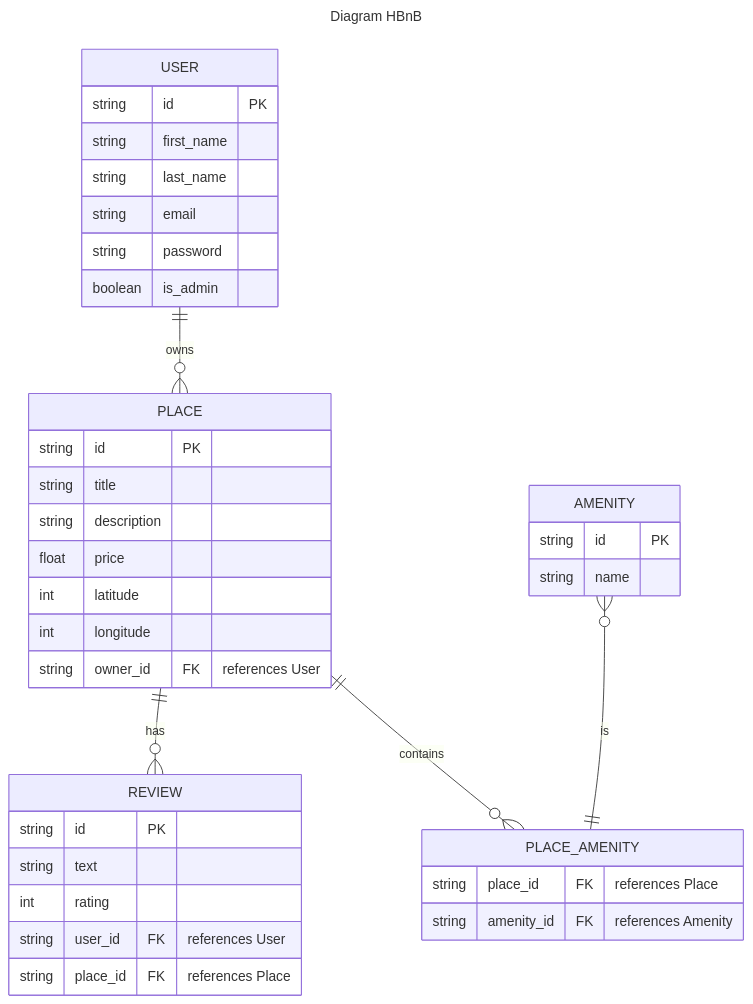
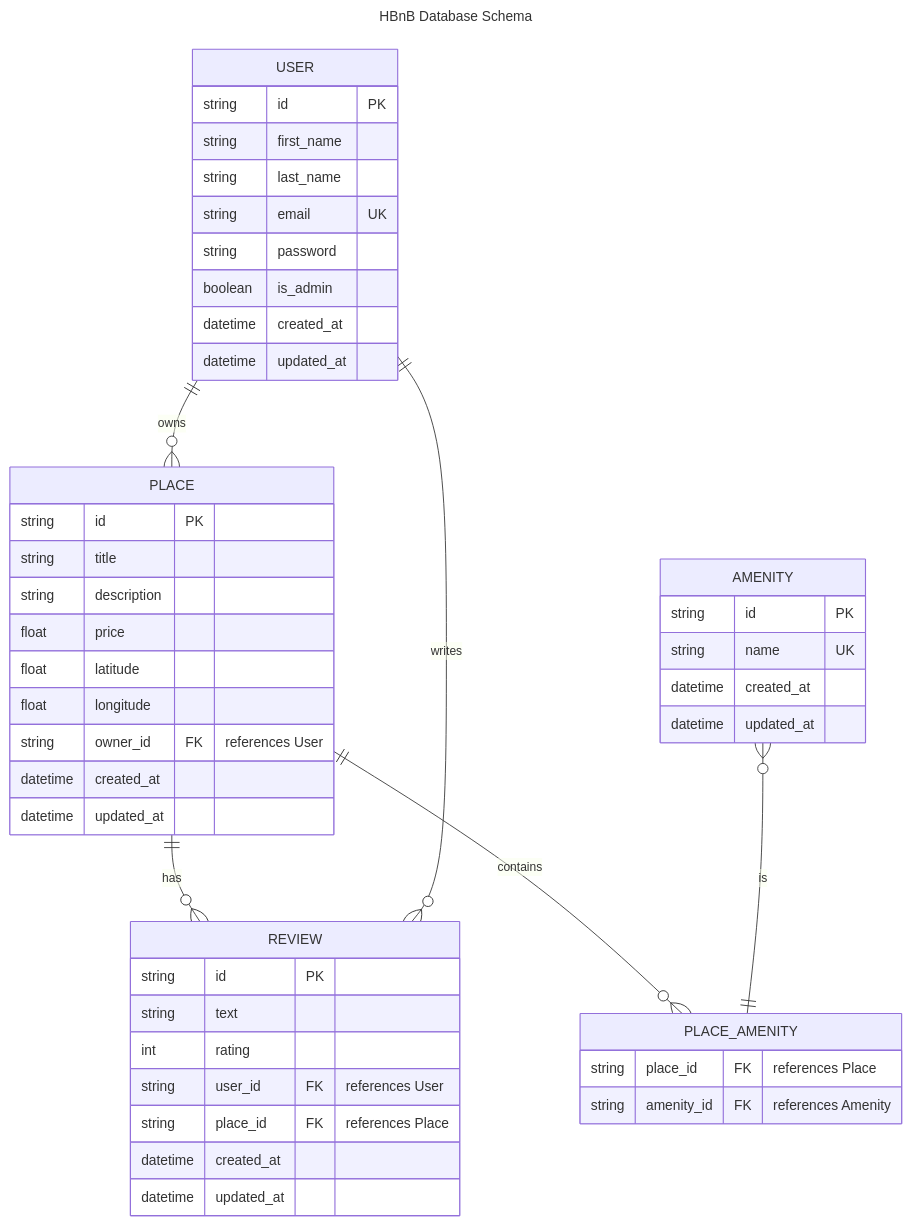
The diagram in part3/hbnb/README.md (Lucas-Boyadjian/holbertonschool-hbnb), drawn with Mermaid before and after one commit. The commit also changed other lines of this file, not shown here.

````diff
--- a/part3/hbnb/README.md
+++ b/part3/hbnb/README.md
@@ -58,43 +76,56 @@
 ```mermaid
 ---
-title: Diagram HBnB
+title: HBnB Database Schema
 ---
 erDiagram
     USER ||--o{ PLACE : owns
     USER {
         string id PK
         string first_name
         string last_name
-        string email
+        string email UK
         string password
         boolean is_admin
+        datetime created_at
+        datetime updated_at
     }
+    
     PLACE ||--o{ REVIEW : has
     PLACE {
         string id PK
         string title
         string description
         float price
-        int latitude
-        int longitude
+        float latitude
+        float longitude
         string owner_id FK "references User"
+        datetime created_at
+        datetime updated_at
     }
+    
     REVIEW {
         string id PK
         string text
         int rating
         string user_id FK "references User"
         string place_id FK "references Place"
+        datetime created_at
+        datetime updated_at
     }
+    
     PLACE ||--o{ PLACE_AMENITY : contains
     PLACE_AMENITY {
         string place_id FK "references Place"
         string amenity_id FK "references Amenity"
     }
+    
     AMENITY }o--|| PLACE_AMENITY : is
     AMENITY {
         string id PK
-        string name
+        string name UK
+        datetime created_at
+        datetime updated_at
     }
-
+    
+    USER ||--o{ REVIEW : writes
 ```
````
